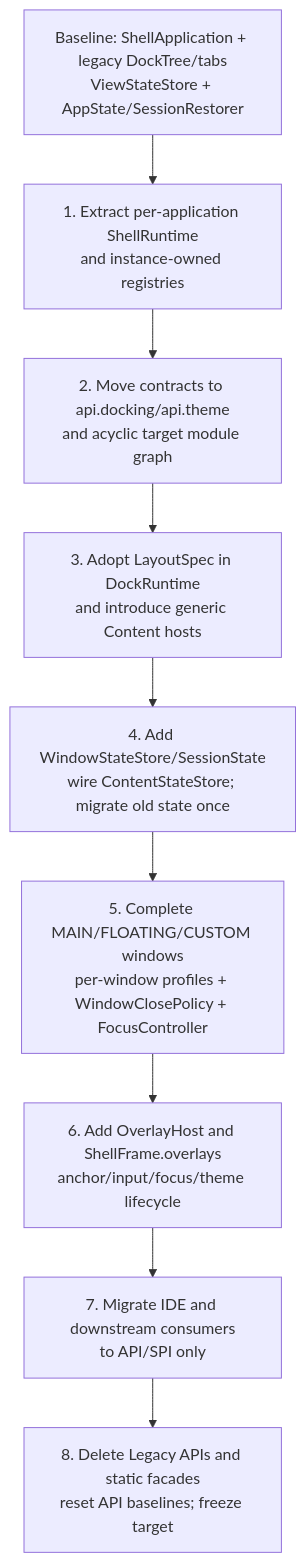
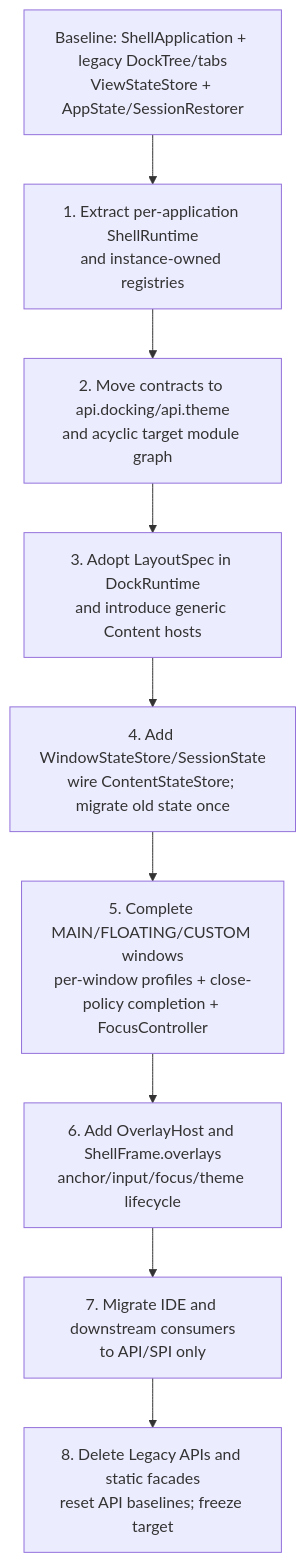
Before and after one commit to svenreimers/nbfx: the diagram in docs/manual/cjap-shell-ui/27-current-to-target-migration.md, drawn with Mermaid. The commit also changed other lines of this file and 26 other files, not shown here.

````diff
--- a/docs/manual/cjap-shell-ui/27-current-to-target-migration.md
+++ b/docs/manual/cjap-shell-ui/27-current-to-target-migration.md
@@ -62,11 +62,11 @@
 ```mermaid
 flowchart TD
     A[Baseline: ShellApplication + legacy DockTree/tabs<br/>ViewStateStore + AppState/SessionRestorer] --> B[1. Extract per-application ShellRuntime<br/>and instance-owned registries]
     B --> C[2. Move contracts to api.docking/api.theme<br/>and acyclic target module graph]
     C --> D[3. Adopt LayoutSpec in DockRuntime<br/>and introduce generic Content hosts]
     D --> E[4. Add WindowStateStore/SessionState<br/>wire ContentStateStore; migrate old state once]
-    E --> F[5. Complete MAIN/FLOATING/CUSTOM windows<br/>per-window profiles + WindowClosePolicy + FocusController]
+    E --> F[5. Complete MAIN/FLOATING/CUSTOM windows<br/>per-window profiles + close-policy completion + FocusController]
     F --> G[6. Add OverlayHost and ShellFrame.overlays<br/>anchor/input/focus/theme lifecycle]
     G --> H[7. Migrate IDE and downstream consumers<br/>to API/SPI only]
     H --> I[8. Delete Legacy APIs and static facades<br/>reset API baselines; freeze target]
 ```
````
